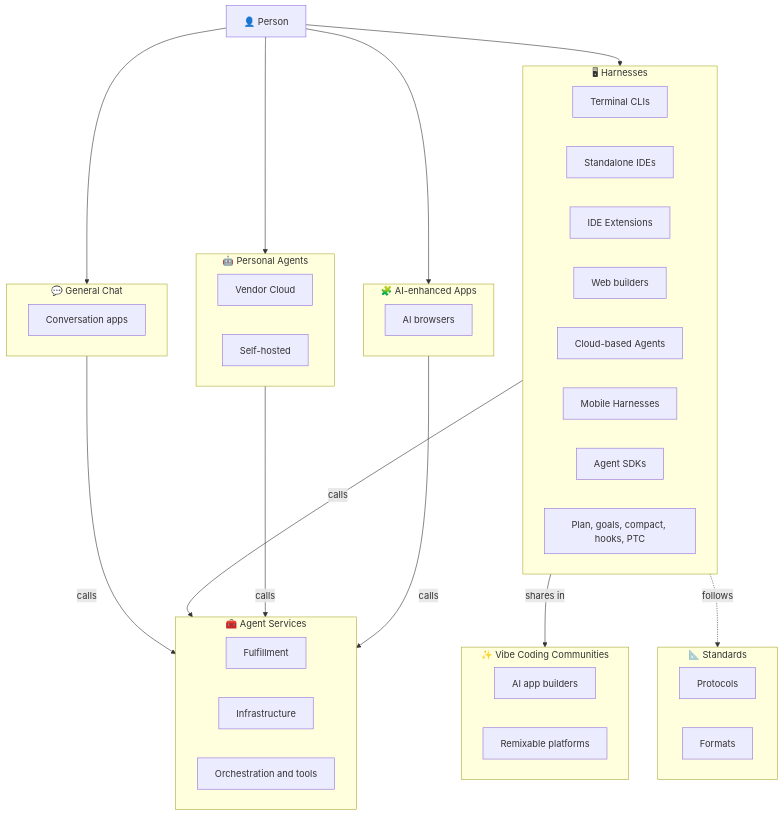
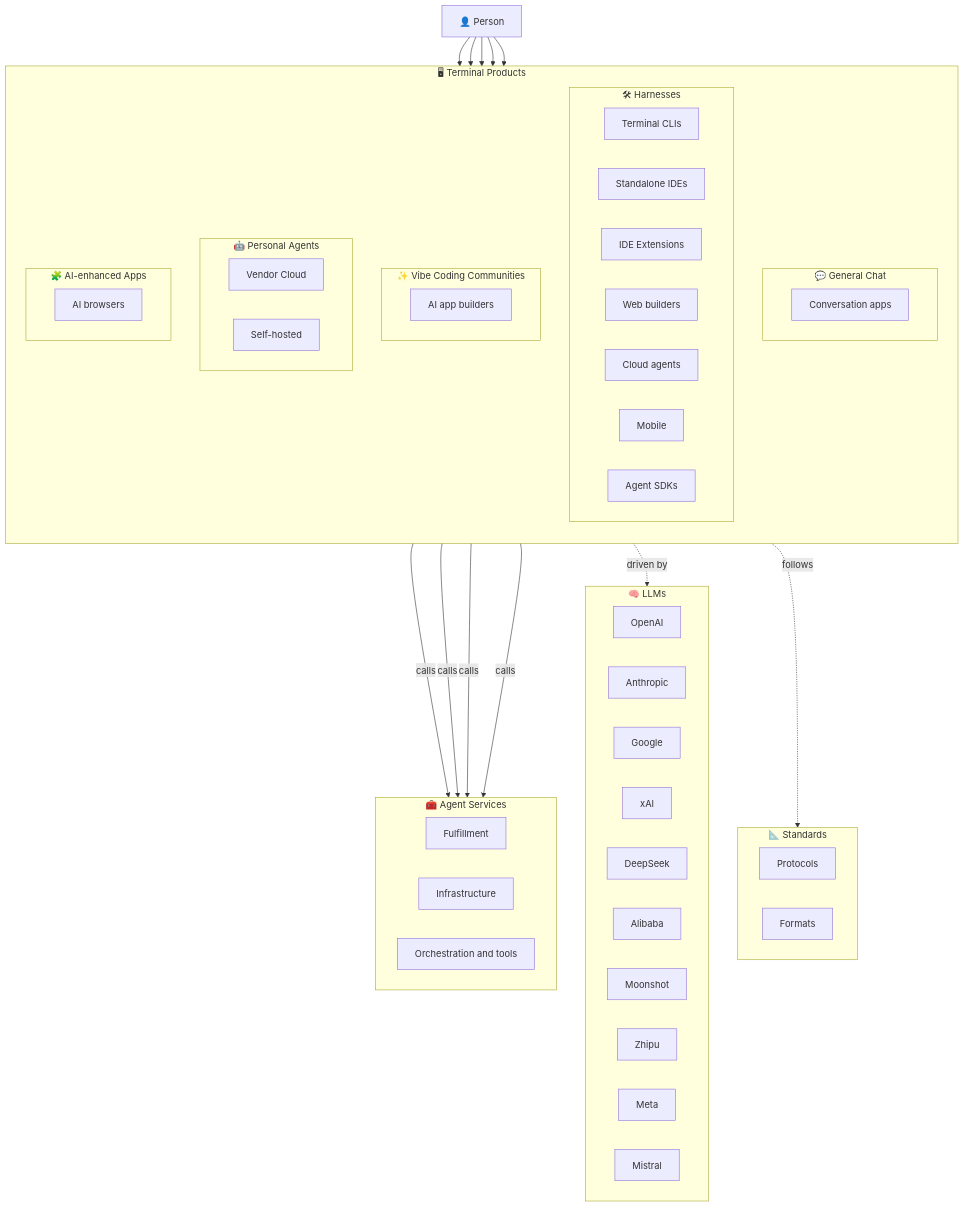
The diagram in README.md (0xWelt/Awesome-Vibe-Coding), drawn with Mermaid before and after one commit. The commit also changed other lines of this file and 201 other files, not shown here.

First line of the commit message:
refactor: 将目录重组为终端产品、Agent Services 与 LLMs (#456)

````diff
--- a/README.md
+++ b/README.md
@@ -30,62 +32,74 @@
 ```mermaid
 flowchart TB
     Person["👤 Person"]
 
-    subgraph chat["💬 General Chat"]
-        direction LR
-        GC1["Conversation apps"]
-    end
-
-    subgraph harnesses["🖥 Harnesses"]
-        direction LR
-        H1["Terminal CLIs"]
-        H2["Standalone IDEs"]
-        H3["IDE Extensions"]
-        H4["Web builders"]
-        H5["Cloud-based Agents"]
-        H6["Mobile Harnesses"]
-        H7["Agent SDKs"]
-        H8["Plan, goals, compact, hooks, PTC"]
-    end
-
-    subgraph community["✨ Vibe Coding Communities"]
-        direction LR
-        C1["AI app builders"]
-        C2["Remixable platforms"]
-    end
-
-    subgraph personal["🤖 Personal Agents"]
-        direction LR
-        P1["Vendor Cloud"]
-        P2["Self-hosted"]
-    end
-
-    subgraph apps["🧩 AI-enhanced Apps"]
-        direction LR
-        A1["AI browsers"]
+    subgraph products["🖥 Terminal Products"]
+        direction TB
+        subgraph chat["💬 General Chat"]
+            direction LR
+            GC1["Conversation apps"]
+        end
+        subgraph harnesses["🛠 Harnesses"]
+            direction LR
+            H1["Terminal CLIs"]
+            H2["Standalone IDEs"]
+            H3["IDE Extensions"]
+            H4["Web builders"]
+            H5["Cloud agents"]
+            H6["Mobile"]
+            H7["Agent SDKs"]
+        end
+        subgraph community["✨ Vibe Coding Communities"]
+            direction LR
+            C1["AI app builders"]
+        end
+        subgraph personal["🤖 Personal Agents"]
+            direction LR
+            P1["Vendor Cloud"]
+            P2["Self-hosted"]
+        end
+        subgraph apps["🧩 AI-enhanced Apps"]
+            direction LR
+            A1["AI browsers"]
+        end
     end
 
     subgraph services["🧰 Agent Services"]
         direction LR
         S1["Fulfillment"]
         S2["Infrastructure"]
         S3["Orchestration and tools"]
+    end
+
+    subgraph llms["🧠 LLMs"]
+        direction LR
+        L1["OpenAI"]
+        L2["Anthropic"]
+        L3["Google"]
+        L4["xAI"]
+        L5["DeepSeek"]
+        L6["Alibaba"]
+        L7["Moonshot"]
+        L8["Zhipu"]
+        L9["Meta"]
+        L10["Mistral"]
     end
 
     subgraph standards["📐 Standards"]
         direction LR
         ST1["Protocols"]
         ST2["Formats"]
     end
 
     Person --> chat
     Person --> harnesses
+    Person --> community
     Person --> personal
     Person --> apps
-    harnesses -->|shares in| community
     chat -->|calls| services
     harnesses -->|calls| services
     personal -->|calls| services
     apps -->|calls| services
+    harnesses -.->|driven by| llms
     harnesses -.->|follows| standards
 ```
````
